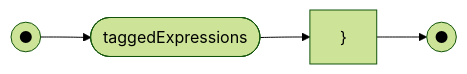
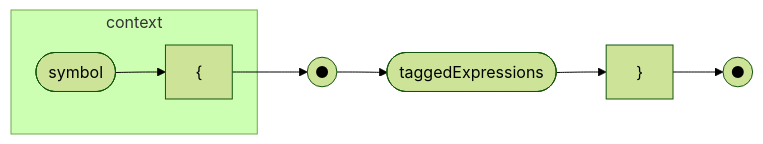
Diagram 46 of 59 in docs/railroad.md (billhails/CEKF), drawn with Mermaid (forest theme) before and after one commit. The commit also changed other lines of this file and 4 other files, not shown here.

````diff
--- a/docs/railroad.md
+++ b/docs/railroad.md
@@ -678,6 +714,9 @@
 ```mermaid
 flowchart LR
 s(("●"))
 e(("●"))
-s --> te([taggedExpressions]) --> rcurly["}"] --> e
+subgraph context
+    sy([symbol]) --> lcurly["{"]
+end
+lcurly --> s --> te([taggedExpressions]) --> rcurly["}"] --> e
 ```
````
